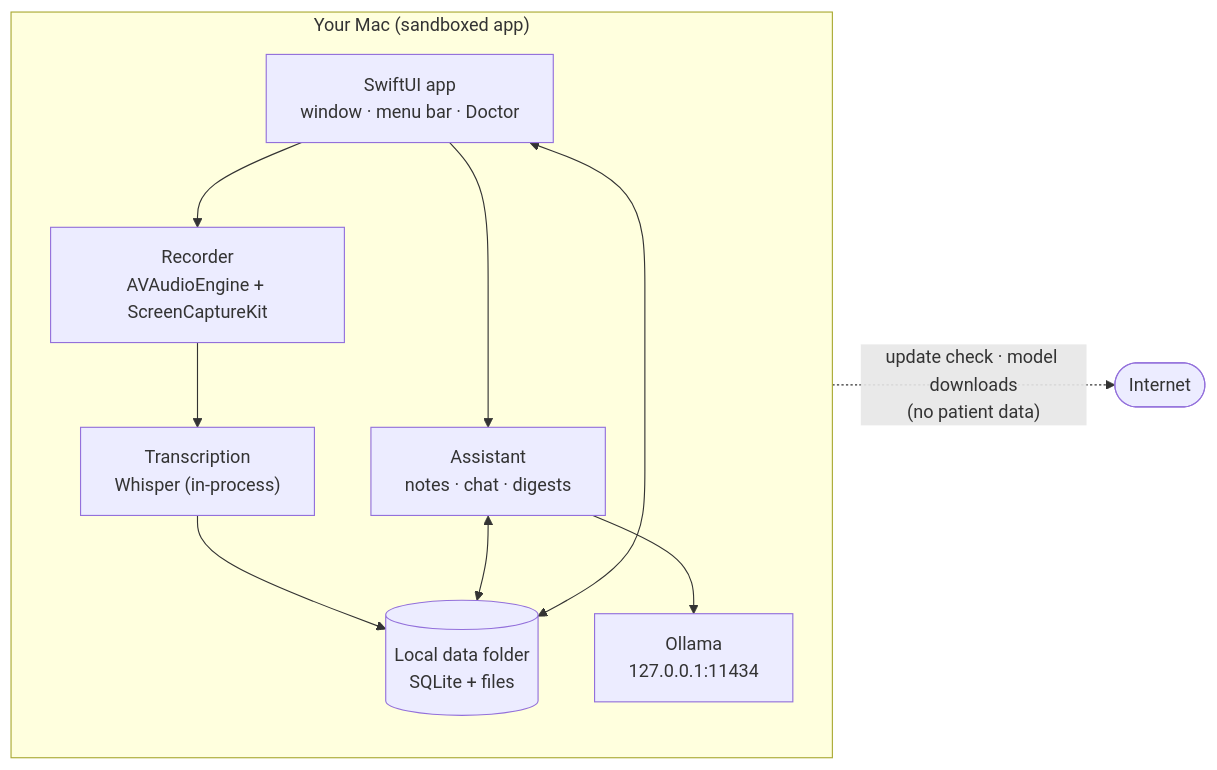
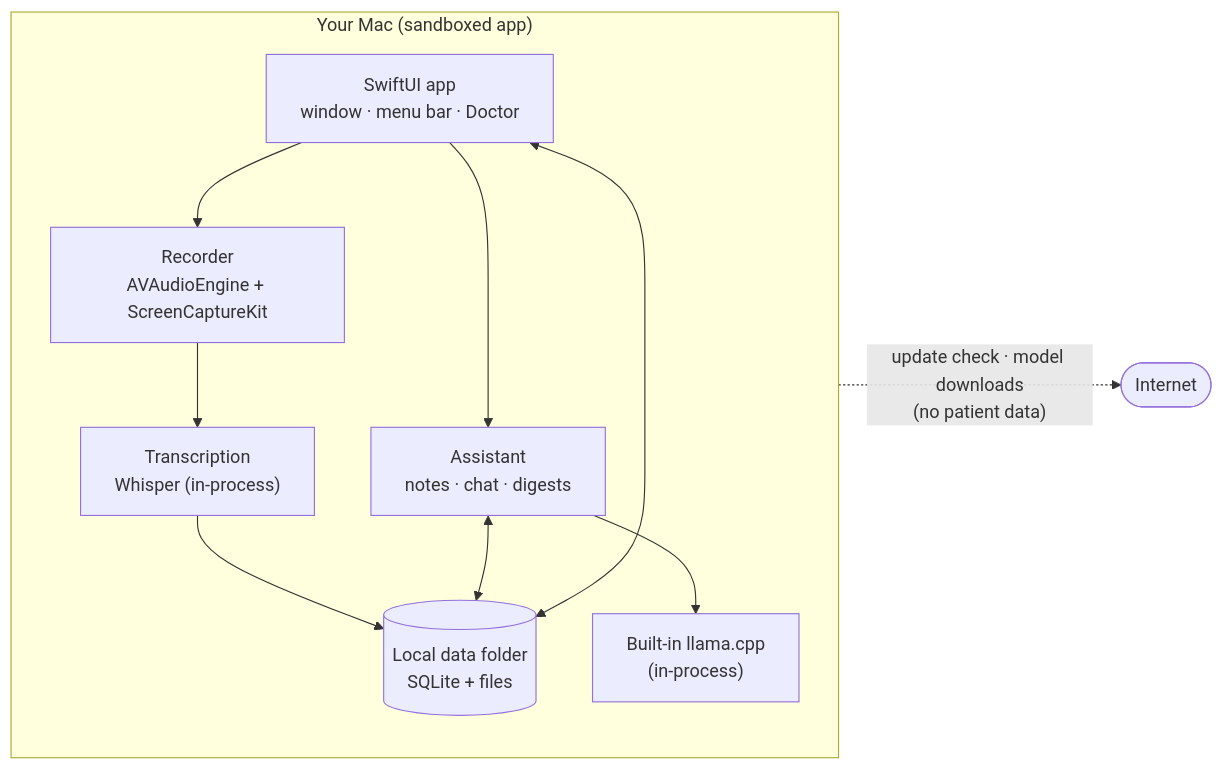
Before and after one commit to mgwedd/aletheia: the first of 3 diagrams in README.md, drawn with Mermaid. The commit also changed other lines of this file and 13 other files, not shown here.

First line of the commit message:
feat(llama): make the built-in model the default AI engine in every build

````diff
--- a/README.md
+++ b/README.md
@@ -73,17 +69,17 @@
 ```mermaid
 flowchart LR
   subgraph Mac["Your Mac (sandboxed app)"]
     UI["SwiftUI app<br/>window · menu bar · Doctor"]
     REC["Recorder<br/>AVAudioEngine + ScreenCaptureKit"]
     STT["Transcription<br/>Whisper (in-process)"]
     AI["Assistant<br/>notes · chat · digests"]
     DB[("Local data folder<br/>SQLite + files")]
-    LLM["Ollama<br/>127.0.0.1:11434"]
+    LLM["Built-in llama.cpp<br/>(in-process)"]
     UI --> REC --> STT --> DB
     UI --> AI --> LLM
     AI <--> DB
     UI <--> DB
   end
   NET(["Internet"])
   Mac -. "update check · model downloads<br/>(no patient data)" .-> NET
 ```
````
